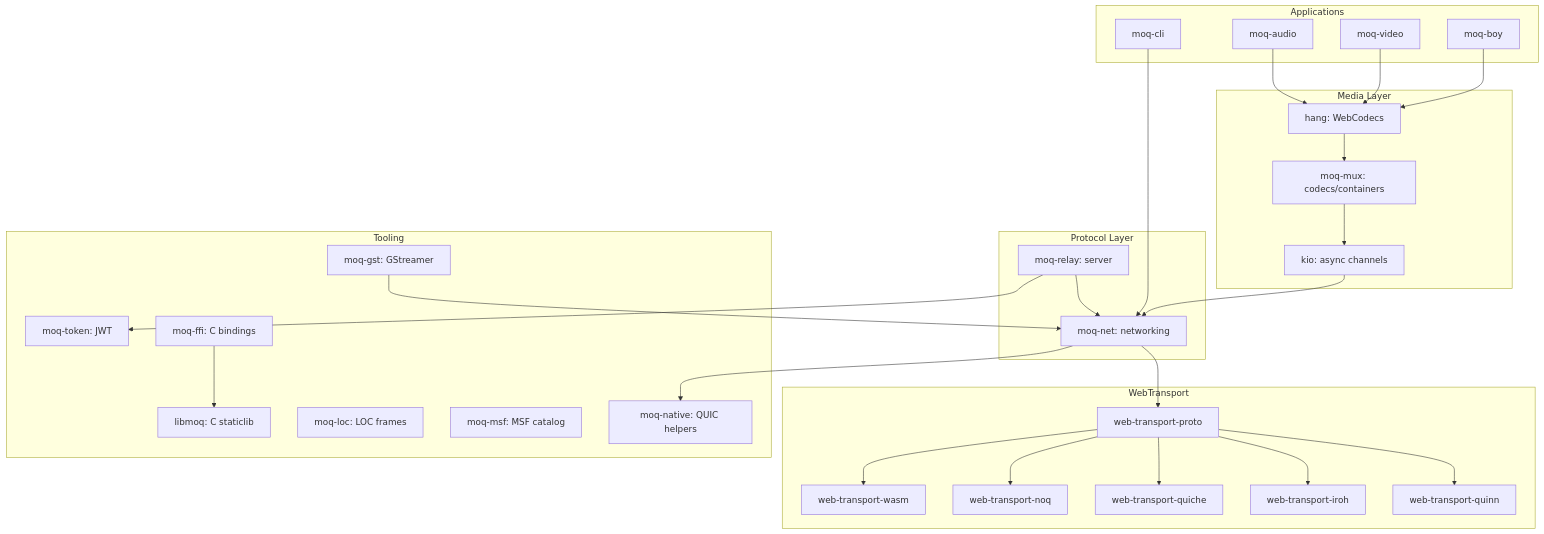
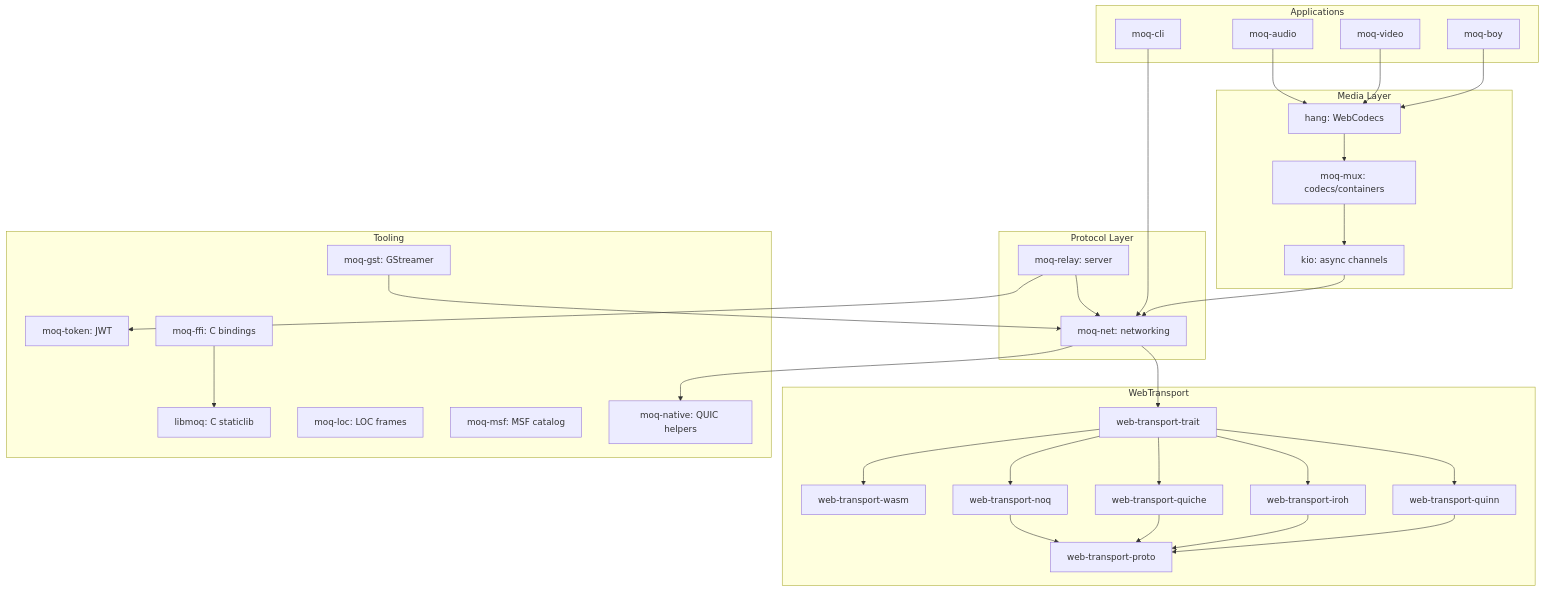
The diagram in [src.WebTransport]/moqdev/markdown/01-architecture.md (ewe-studios/explorations), drawn with Mermaid before and after one commit. The commit also changed other lines of this file and 10 other files, not shown here.

````diff
--- a/[src.WebTransport]/moqdev/markdown/01-architecture.md
+++ b/[src.WebTransport]/moqdev/markdown/01-architecture.md
@@ -11,58 +11,63 @@
 ```mermaid
 flowchart TD
     subgraph "Applications"
         CLI[moq-cli]
         Audio[moq-audio]
         Video[moq-video]
         Boy[moq-boy]
     end
 
     subgraph "Protocol Layer"
         moqnet[moq-net: networking]
         moqrelay[moq-relay: server]
     end
 
     subgraph "Media Layer"
         hang[hang: WebCodecs]
         moqmux[moq-mux: codecs/containers]
         kio[kio: async channels]
     end
 
     subgraph "Tooling"
         moqtoken[moq-token: JWT]
         moqnative[moq-native: QUIC helpers]
         moqffi[moq-ffi: C bindings]
         moqgst[moq-gst: GStreamer]
         moqloc[moq-loc: LOC frames]
         moqmsf[moq-msf: MSF catalog]
         libmoq[libmoq: C staticlib]
     end
 
     subgraph "WebTransport"
+        wttrait[web-transport-trait]
         wtproto[web-transport-proto]
         wtquinn[web-transport-quinn]
         wtiroh[web-transport-iroh]
         wtquiche[web-transport-quiche]
         wtnoq[web-transport-noq]
         wtwasm[web-transport-wasm]
     end
 
     CLI --> moqnet
     Audio --> hang
     Video --> hang
     Boy --> hang
     hang --> moqmux
     moqmux --> kio
     kio --> moqnet
-    moqnet --> wtproto
-    wtproto --> wtquinn
-    wtproto --> wtiroh
-    wtproto --> wtquiche
-    wtproto --> wtnoq
-    wtproto --> wtwasm
+    moqnet --> wttrait
+    wttrait --> wtquinn
+    wttrait --> wtiroh
+    wttrait --> wtquiche
+    wttrait --> wtnoq
+    wttrait --> wtwasm
+    wtquinn --> wtproto
+    wtiroh --> wtproto
+    wtquiche --> wtproto
+    wtnoq --> wtproto
     moqrelay --> moqnet
     moqrelay --> moqtoken
     moqnet --> moqnative
     moqffi --> libmoq
     moqgst --> moqnet
 ```
````
